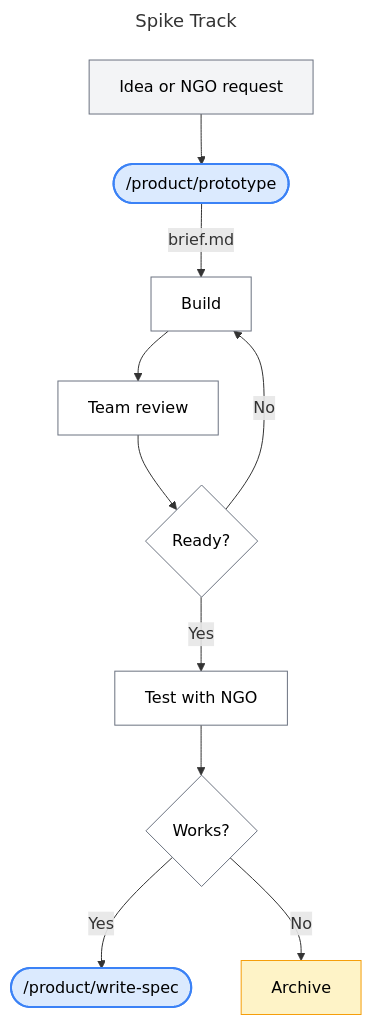
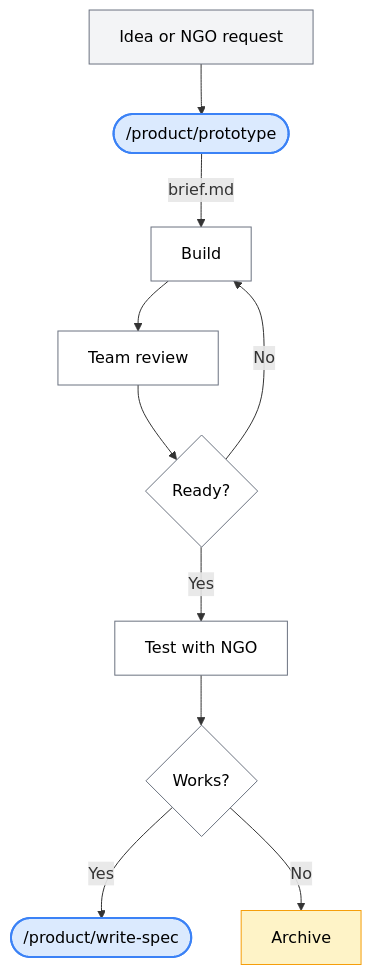
The first of 2 diagrams in README.md (DalgoT4D/dalgo-core), drawn with Mermaid before and after one commit. The commit also changed other lines of this file, not shown here.

````diff
--- a/README.md
+++ b/README.md
@@ -58,25 +58,22 @@
 ```mermaid
----
-title: Spike Track
----
 flowchart TD
     A["Idea or NGO request"] --> B(["/product/prototype"])
     B --> |"brief.md"| C["Build"]
     C --> D["Team review"]
     D --> R{Ready?}
     R --> |Yes| F["Test with NGO"]
     R --> |No| C
     F --> G{Works?}
     G --> |Yes| H(["/product/write-spec"])
     G --> |No| I["Archive"]
 
     style A fill:#f3f4f6,stroke:#6b7280,color:#000
     style B fill:#dbeafe,stroke:#3b82f6,color:#000,stroke-width:2px
     style C fill:#fff,stroke:#6b7280,color:#000
     style D fill:#fff,stroke:#6b7280,color:#000
     style R fill:#fff,stroke:#6b7280,color:#000
     style F fill:#fff,stroke:#6b7280,color:#000
     style G fill:#fff,stroke:#6b7280,color:#000
     style H fill:#dbeafe,stroke:#3b82f6,color:#000,stroke-width:2px
     style I fill:#fef3c7,stroke:#f59e0b,color:#000
 ```
````
